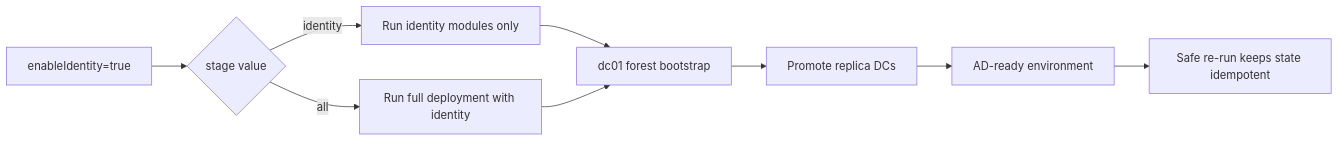
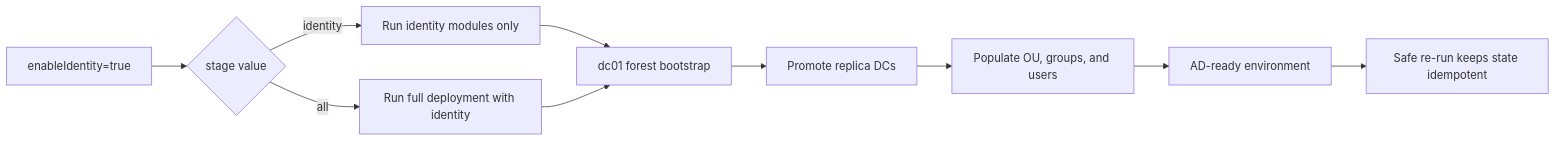
Before and after one commit to andriesdutoit-svg/azure-multiregion-lab: the second of 5 diagrams in README.md, drawn with Mermaid. The commit also changed other lines of this file and 10 other files, not shown here.

````diff
--- a/README.md
+++ b/README.md
@@ -450,11 +454,12 @@
 ```mermaid
 flowchart LR
   A[enableIdentity=true] --> B{stage value}
   B -->|identity| C[Run identity modules only]
   B -->|all| D[Run full deployment with identity]
   C --> E[dc01 forest bootstrap]
   D --> E
   E --> F[Promote replica DCs]
-  F --> G[AD-ready environment]
-  G --> H[Safe re-run keeps state idempotent]
+  F --> G[Populate OU, groups, and users]
+  G --> H[AD-ready environment]
+  H --> I[Safe re-run keeps state idempotent]
 ```
````
